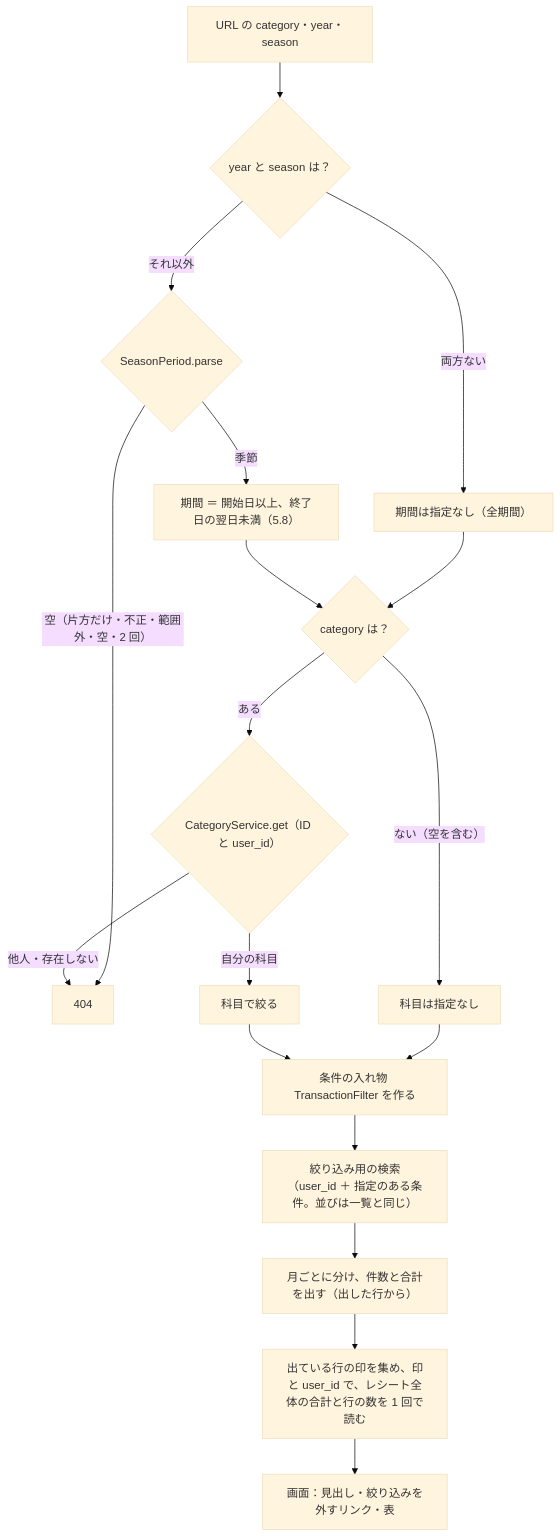
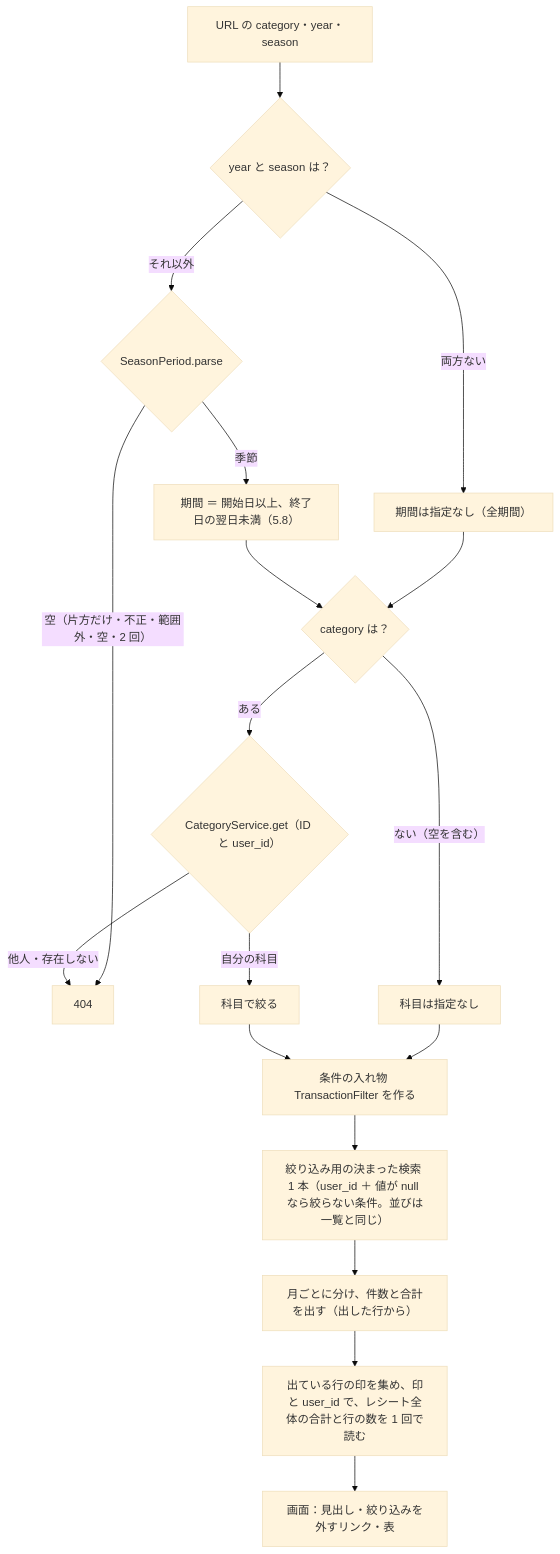
Before and after one commit to yutaro081/HouseholdBudget-SpringBoot: diagram 18 of 18 in docs/reviews/design.md, drawn with Mermaid (base theme). The commit also changed other lines of this file and 16 other files, not shown here.

````diff
--- a/docs/reviews/design.md
+++ b/docs/reviews/design.md
@@ -1706,20 +1709,20 @@
 ```mermaid
 flowchart TD
     A["URL の category・year・season"] --> B{"year と season は？"}
     B -->|"両方ない"| C["期間は指定なし（全期間）"]
     B -->|"それ以外"| D{"SeasonPeriod.parse"}
     D -->|"空（片方だけ・不正・範囲外・空・2 回）"| X["404"]
     D -->|"季節"| E["期間 ＝ 開始日以上、終了日の翌日未満（5.8）"]
     C --> F{"category は？"}
     E --> F
     F -->|"ない（空を含む）"| G["科目は指定なし"]
     F -->|"ある"| H{"CategoryService.get（ID と user_id）"}
     H -->|"他人・存在しない"| X
     H -->|"自分の科目"| I["科目で絞る"]
     G --> J["条件の入れ物 TransactionFilter を作る"]
     I --> J
-    J --> K["絞り込み用の検索（user_id ＋ 指定のある条件。並びは一覧と同じ）"]
+    J --> K["絞り込み用の決まった検索 1 本（user_id ＋ 値が null なら絞らない条件。並びは一覧と同じ）"]
     K --> L["月ごとに分け、件数と合計を出す（出した行から）"]
     L --> M["出ている行の印を集め、印と user_id で、レシート全体の合計と行の数を 1 回で読む"]
     M --> N["画面：見出し・絞り込みを外すリンク・表"]
 ```
````
